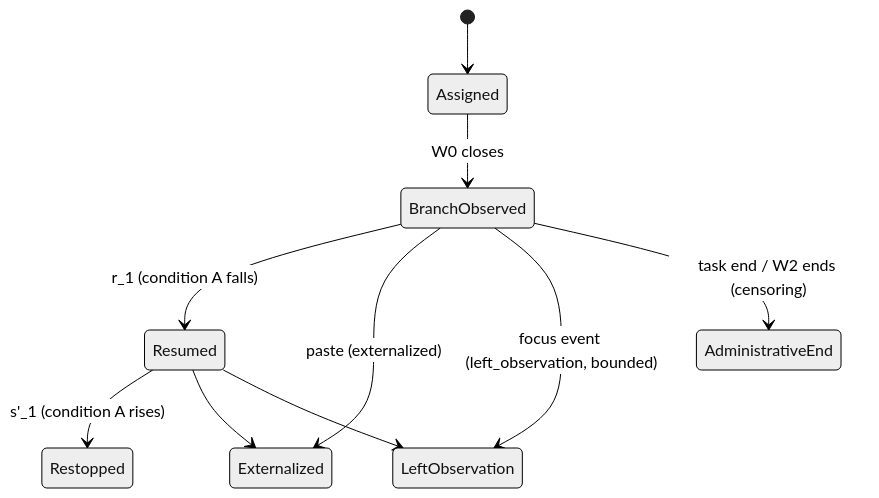
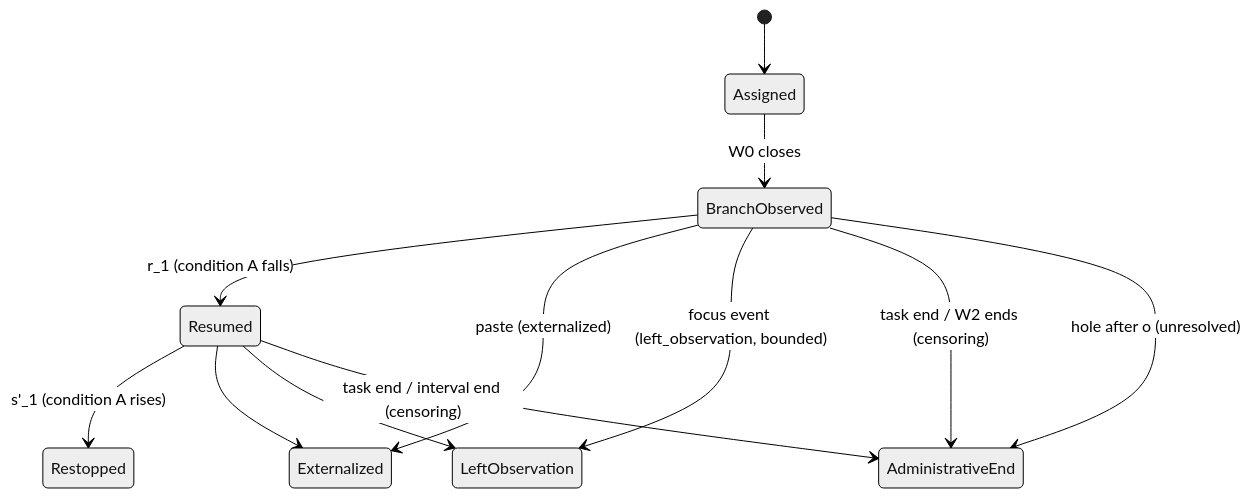
One commit to mikotomiura/GSE-prototype changed the third of 3 diagrams in .steering/20260916-gse-theory-operationalization-review/eval-ncc-dag.md. Above: the diagram before and after it, drawn with Mermaid (neutral theme). The commit also changed other lines of this file and 9 other files, not shown here.

````diff
--- a/.steering/20260916-gse-theory-operationalization-review/eval-ncc-dag.md
+++ b/.steering/20260916-gse-theory-operationalization-review/eval-ncc-dag.md
@@ -142,12 +142,14 @@
 ```mermaid
 stateDiagram-v2
     [*] --> Assigned
     Assigned --> BranchObserved: W0 closes
     BranchObserved --> Resumed: r_1 (condition A falls)
     BranchObserved --> Externalized: paste (externalized)
     BranchObserved --> LeftObservation: focus event (left_observation, bounded)
     BranchObserved --> AdministrativeEnd: task end / W2 ends (censoring)
     Resumed --> Restopped: s'_1 (condition A rises)
     Resumed --> Externalized
     Resumed --> LeftObservation
+    Resumed --> AdministrativeEnd: task end / interval end (censoring)
+    BranchObserved --> AdministrativeEnd: hole after o (unresolved)
 ```
````
